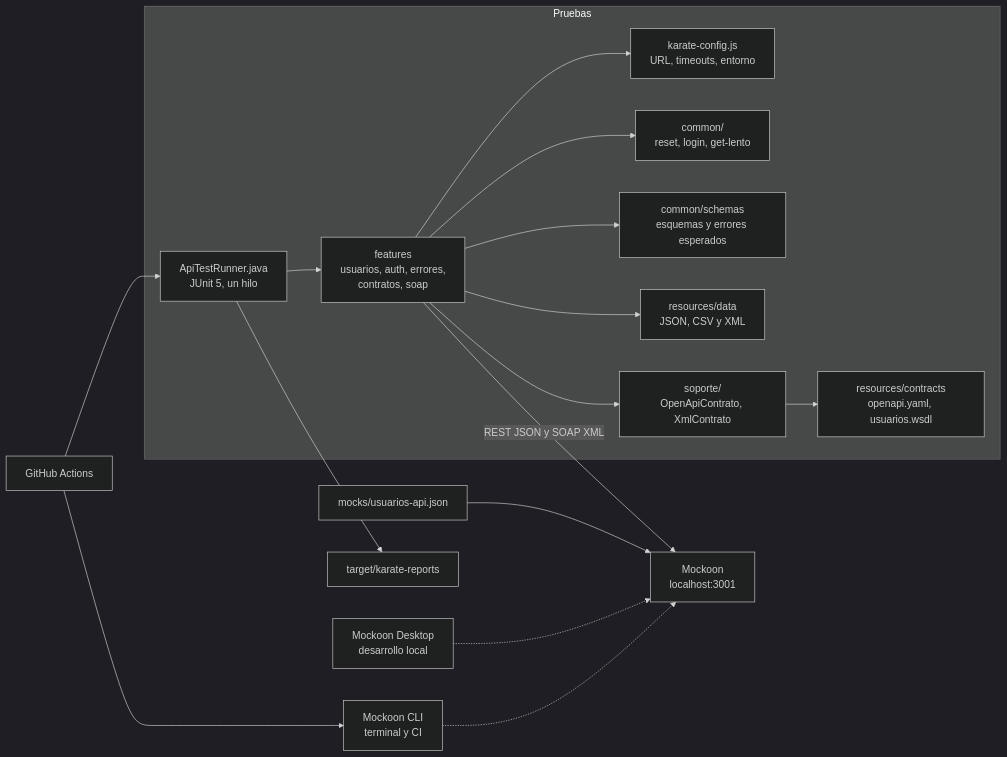
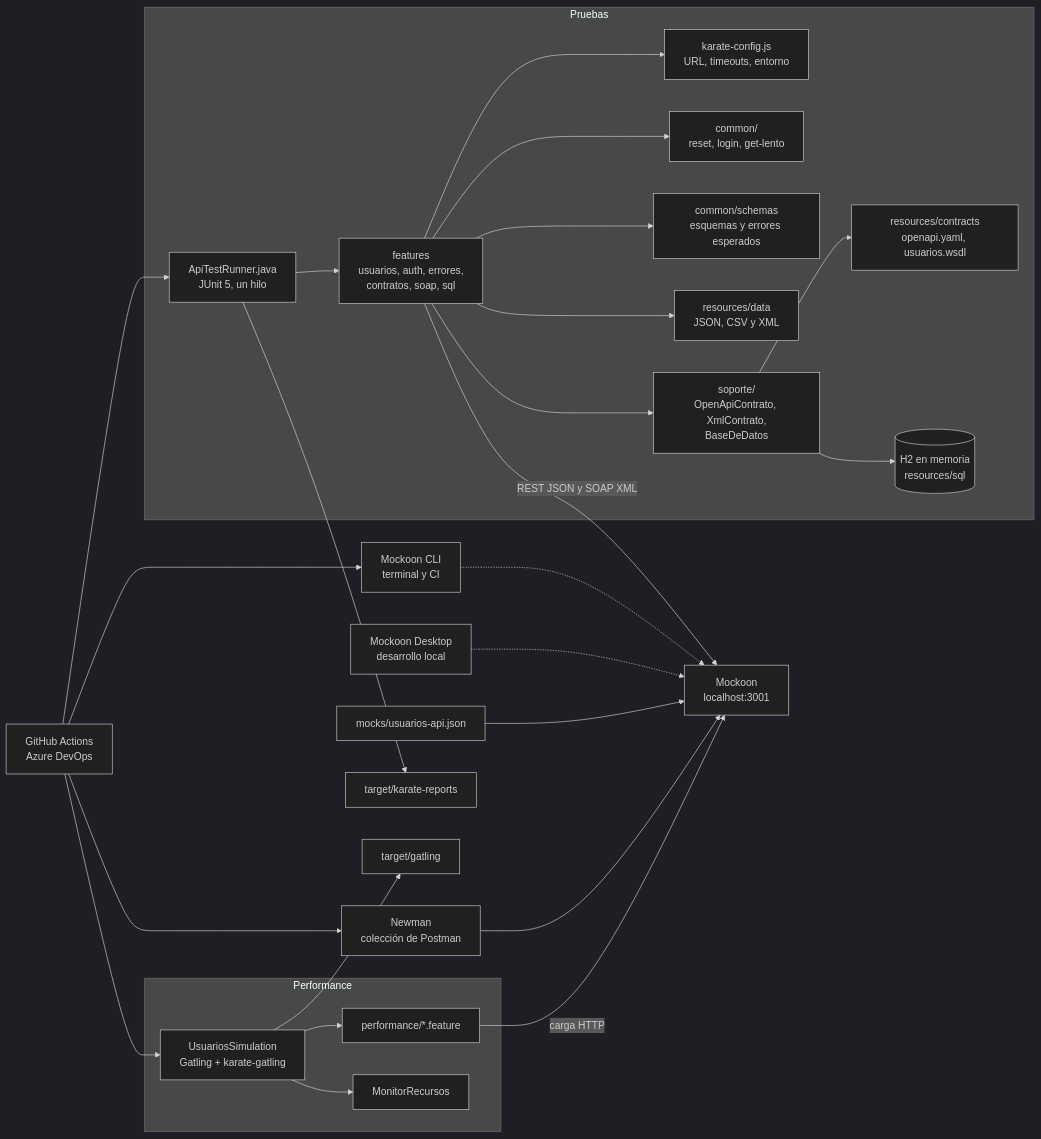
Before and after one commit to RicardoPavezCatrileo/poc_api_rest_karate_mockoon: the diagram in README.md, drawn with Mermaid (dark theme). The commit also changed other lines of this file and 6 other files, not shown here.

First line of the commit message:
docs: add Azure Boards guide, test results report and update README

````diff
--- a/README.md
+++ b/README.md
@@ -18,19 +23,29 @@
 ```mermaid
 flowchart LR
     subgraph Pruebas
-        R[ApiTestRunner.java<br/>JUnit 5, un hilo] --> F[features<br/>usuarios, auth, errores,<br/>contratos, soap]
+        R[ApiTestRunner.java<br/>JUnit 5, un hilo] --> F[features<br/>usuarios, auth, errores,<br/>contratos, soap, sql]
         F --> K[karate-config.js<br/>URL, timeouts, entorno]
         F --> C[common/<br/>reset, login, get-lento]
         F --> S[common/schemas<br/>esquemas y errores esperados]
         F --> D[resources/data<br/>JSON, CSV y XML]
-        F --> V[soporte/<br/>OpenApiContrato, XmlContrato]
+        F --> V[soporte/<br/>OpenApiContrato, XmlContrato,<br/>BaseDeDatos]
         V --> CT[resources/contracts<br/>openapi.yaml, usuarios.wsdl]
+        V --> H2[(H2 en memoria<br/>resources/sql)]
+    end
+    subgraph Performance
+        G[UsuariosSimulation<br/>Gatling + karate-gatling] --> PF[performance/*.feature]
+        G --> MR[MonitorRecursos]
     end
     F -->|REST JSON y SOAP XML| M[Mockoon<br/>localhost:3001]
+    PF -->|carga HTTP| M
+    N[Newman<br/>colección de Postman] --> M
     E[mocks/usuarios-api.json] --> M
     DK[Mockoon Desktop<br/>desarrollo local] -.-> M
     CL[Mockoon CLI<br/>terminal y CI] -.-> M
     R --> REP[target/karate-reports]
-    GA[GitHub Actions] --> CL
-    GA --> R
+    G --> GREP[target/gatling]
+    CI[GitHub Actions<br/>Azure DevOps] --> CL
+    CI --> R
+    CI --> N
+    CI --> G
 ```
````
